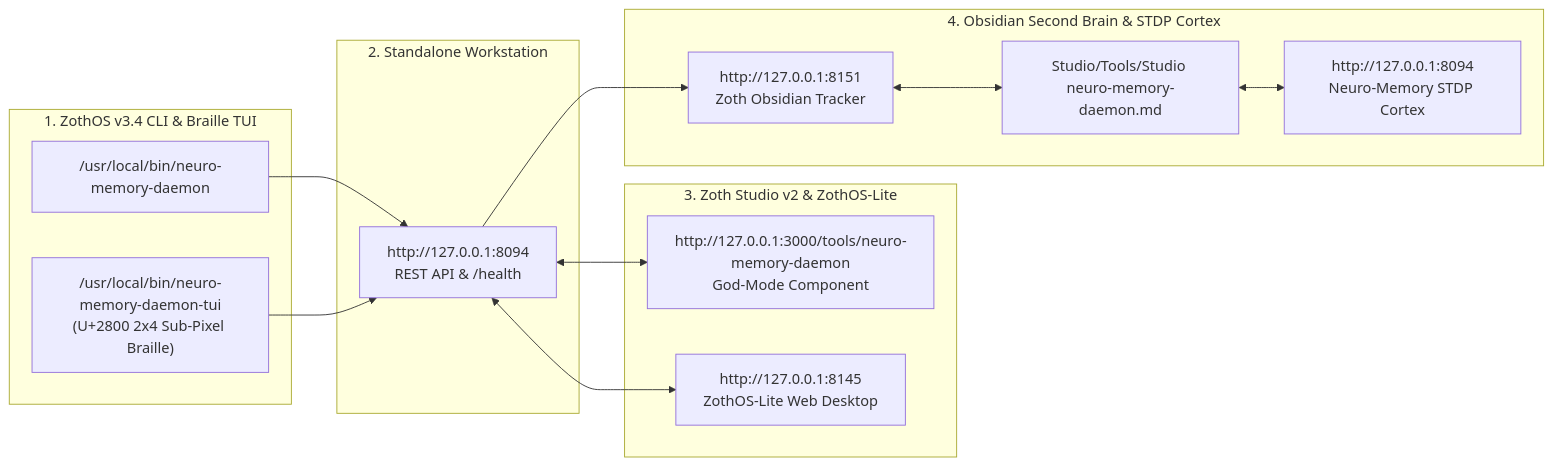
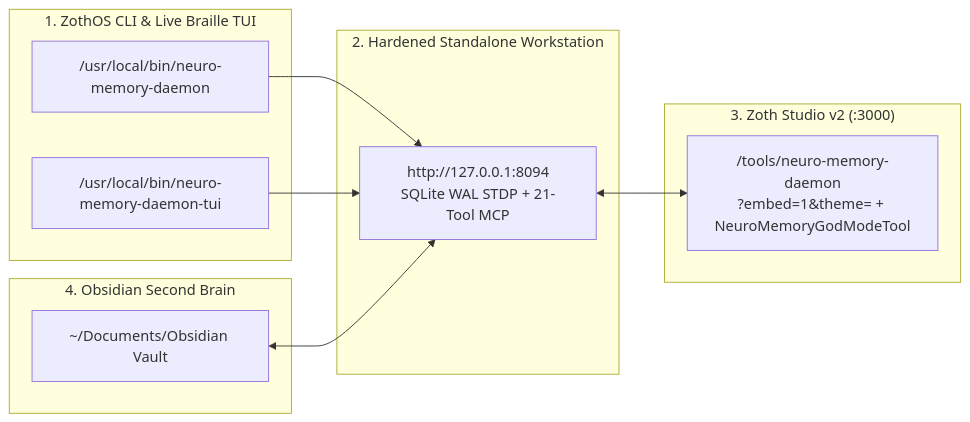
The diagram in config/includes.chroot/etc/skel/Documents/Obsidian Vault/Studio/Tools/Studio neuro-memory-daemon.md (1nc0gn30/zoth-os), drawn with Mermaid before and after one commit. The commit also changed other lines of this file and 57 other files, not shown here.

Commit message:
chore(zoth-os): sync neuro-memory-daemon v2.9.0 chroot, 4-way CLI/TUI, .desktop, 5 Vault notes & hygiene test (#059)

````diff
--- a/config/includes.chroot/etc/skel/Documents/Obsidian Vault/Studio/Tools/Studio neuro-memory-daemon.md
+++ b/config/includes.chroot/etc/skel/Documents/Obsidian Vault/Studio/Tools/Studio neuro-memory-daemon.md
@@ -115,30 +76,24 @@
 ```mermaid
 flowchart LR
-    subgraph L1["1. ZothOS v3.4 CLI & Braille TUI"]
+    subgraph L1["1. ZothOS CLI & Live Braille TUI"]
         CLI["/usr/local/bin/neuro-memory-daemon"]
-        TUI["/usr/local/bin/neuro-memory-daemon-tui<br/>(U+2800 2x4 Sub-Pixel Braille)"]
+        TUI["/usr/local/bin/neuro-memory-daemon-tui"]
     end
 
-    subgraph L2["2. Standalone Workstation"]
-        WEB["http://127.0.0.1:8094<br/>REST API & /health"]
+    subgraph L2["2. Hardened Standalone Workstation"]
+        WEB["http://127.0.0.1:8094<br/>SQLite WAL STDP + 21-Tool MCP"]
     end
 
-    subgraph L3["3. Zoth Studio v2 & ZothOS-Lite"]
-        STUDIO["http://127.0.0.1:3000/tools/neuro-memory-daemon<br/>God-Mode Component"]
-        LITE["http://127.0.0.1:8145<br/>ZothOS-Lite Web Desktop"]
+    subgraph L3["3. Zoth Studio v2 (:3000)"]
+        STUDIO["/tools/neuro-memory-daemon<br/>?embed=1&theme= + NeuroMemoryGodModeTool"]
     end
 
-    subgraph L4["4. Obsidian Second Brain & STDP Cortex"]
-        TRACKER["http://127.0.0.1:8151<br/>Zoth Obsidian Tracker"]
-        NEURO["http://127.0.0.1:8094<br/>Neuro-Memory STDP Cortex"]
-        VAULT["Studio/Tools/Studio neuro-memory-daemon.md"]
+    subgraph L4["4. Obsidian Second Brain"]
+        VAULT["~/Documents/Obsidian Vault"]
     end
 
     CLI --> WEB
     TUI --> WEB
     WEB <--> STUDIO
-    WEB <--> LITE
-    WEB --> TRACKER
-    TRACKER <--> VAULT
-    VAULT <--> NEURO
+    VAULT <--> WEB
 ```
````
